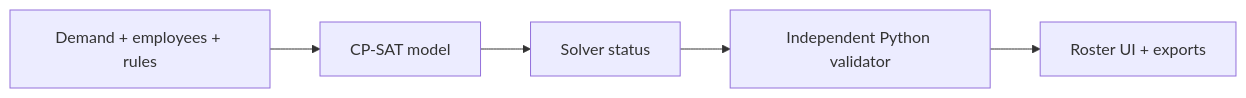
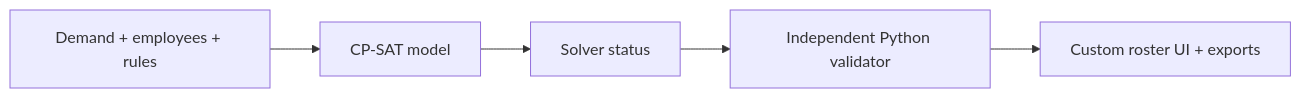
Before and after one commit to hasanhuseyinyetkiner/workforce-optimizer: the diagram in README.md, drawn with Mermaid. The commit also changed other lines of this file and 31 other files, not shown here.

````diff
--- a/README.md
+++ b/README.md
@@ -39,7 +43,7 @@
 ```mermaid
 flowchart LR
   D[Demand + employees + rules] --> M[CP-SAT model]
   M --> S[Solver status]
   S --> V[Independent Python validator]
-  V --> UI[Roster UI + exports]
+  V --> UI[Custom roster UI + exports]
 ```
````
